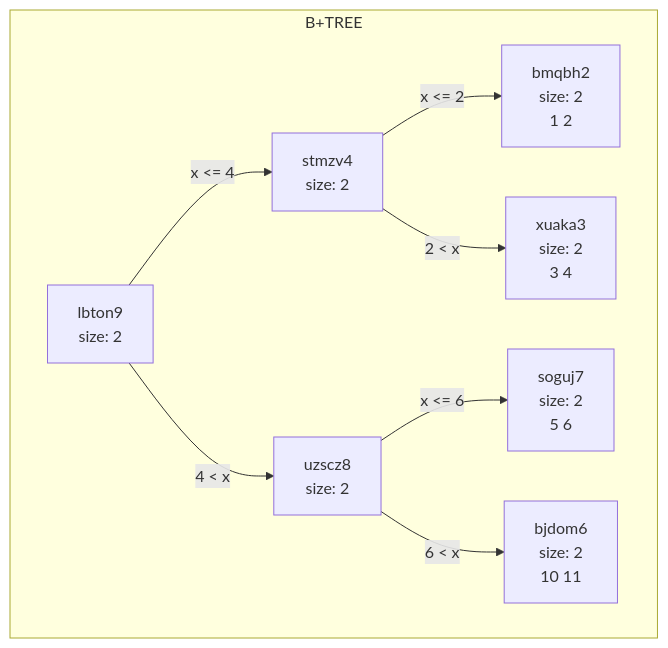
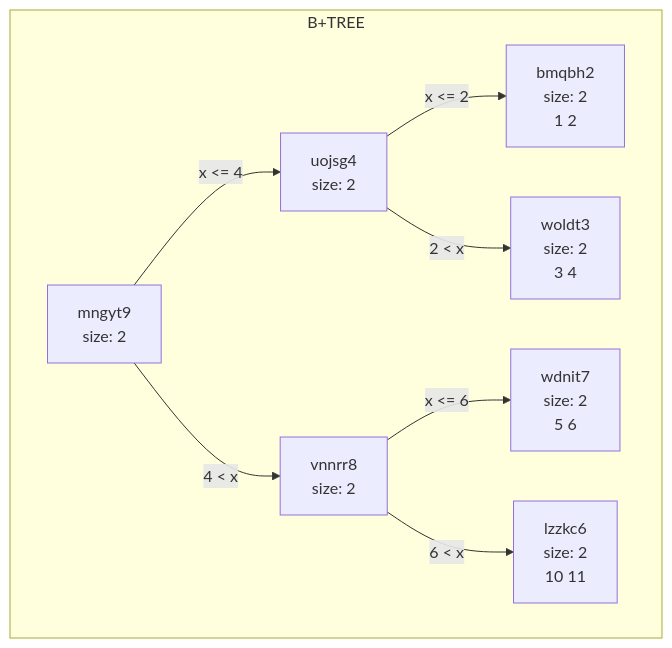
One commit to princevarshney05/BPTree changed the first of 2 diagrams in data/chart.md. Above: the diagram before and after it, drawn with Mermaid. The commit also changed other lines of this file and 4 other files, not shown here.

````diff
--- a/data/chart.md
+++ b/data/chart.md
@@ -1,18 +1,18 @@
 ```mermaid
 graph TD
 subgraph B+TREE
-lbton9[lbton9<br/>size: 2<br/>]
-stmzv4[stmzv4<br/>size: 2<br/>]
+mngyt9[mngyt9<br/>size: 2<br/>]
+uojsg4[uojsg4<br/>size: 2<br/>]
 bmqbh2[bmqbh2<br/>size: 2<br/>1 2 ]
-stmzv4-->|x <= 2|bmqbh2
-xuaka3[xuaka3<br/>size: 2<br/>3 4 ]
-stmzv4-->|2 < x|xuaka3
-lbton9-->|x <= 4|stmzv4
-uzscz8[uzscz8<br/>size: 2<br/>]
-soguj7[soguj7<br/>size: 2<br/>5 6 ]
-uzscz8-->|x <= 6|soguj7
-bjdom6[bjdom6<br/>size: 2<br/>10 11 ]
-uzscz8-->|6 < x|bjdom6
-lbton9-->|4 < x|uzscz8
+uojsg4-->|x <= 2|bmqbh2
+woldt3[woldt3<br/>size: 2<br/>3 4 ]
+uojsg4-->|2 < x|woldt3
+mngyt9-->|x <= 4|uojsg4
+vnnrr8[vnnrr8<br/>size: 2<br/>]
+wdnit7[wdnit7<br/>size: 2<br/>5 6 ]
+vnnrr8-->|x <= 6|wdnit7
+lzzkc6[lzzkc6<br/>size: 2<br/>10 11 ]
+vnnrr8-->|6 < x|lzzkc6
+mngyt9-->|4 < x|vnnrr8
 end
 ```
````
